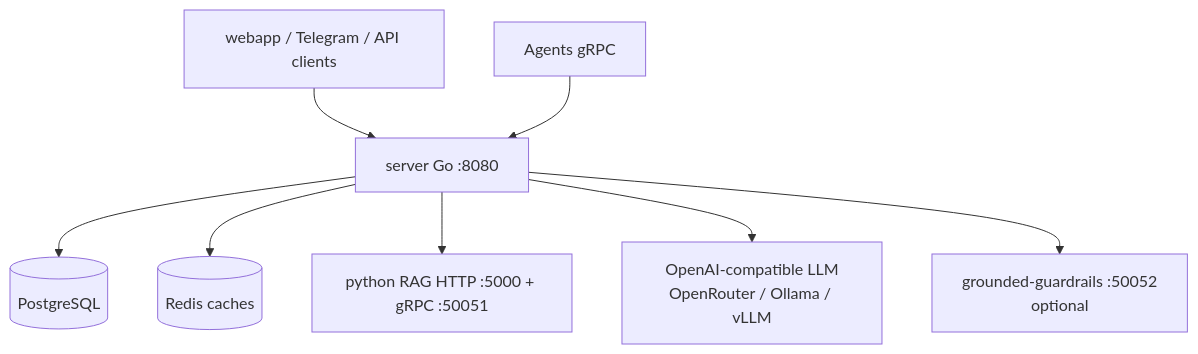
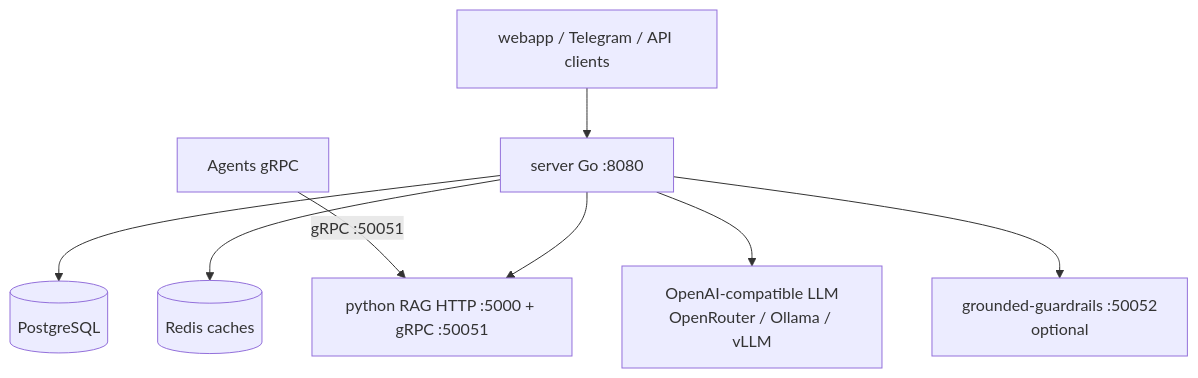
The diagram in docs/en/knowledge-base/server-overview.md (kantik001/grounded-llm), drawn with Mermaid before and after one commit. The commit also changed 65 other files, not shown here.

````diff
--- a/docs/en/knowledge-base/server-overview.md
+++ b/docs/en/knowledge-base/server-overview.md
@@ -50,19 +50,19 @@
 ```mermaid
 flowchart TB
     Web[webapp / Telegram / API clients]
     Agents[Agents gRPC]
     Go[server Go :8080]
     PG[(PostgreSQL)]
     Redis[(Redis caches)]
     Py[python RAG HTTP :5000 + gRPC :50051]
     LLM[OpenAI-compatible LLM\nOpenRouter / Ollama / vLLM]
     GR[grounded-guardrails :50052\noptional]
 
     Web --> Go
-    Agents --> Go
+    Agents -->|gRPC :50051| Py
     Go --> PG
     Go --> Redis
     Go --> Py
     Go --> LLM
     Go --> GR
 ```
````
